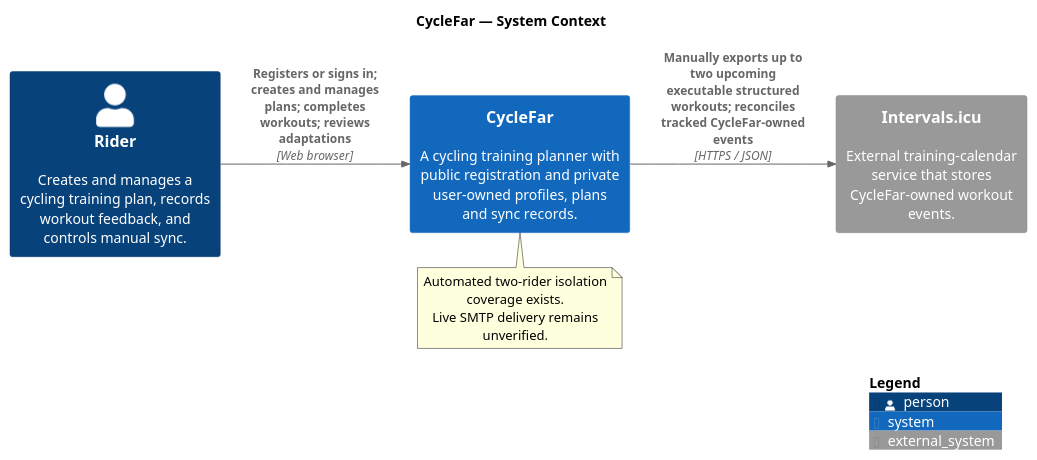
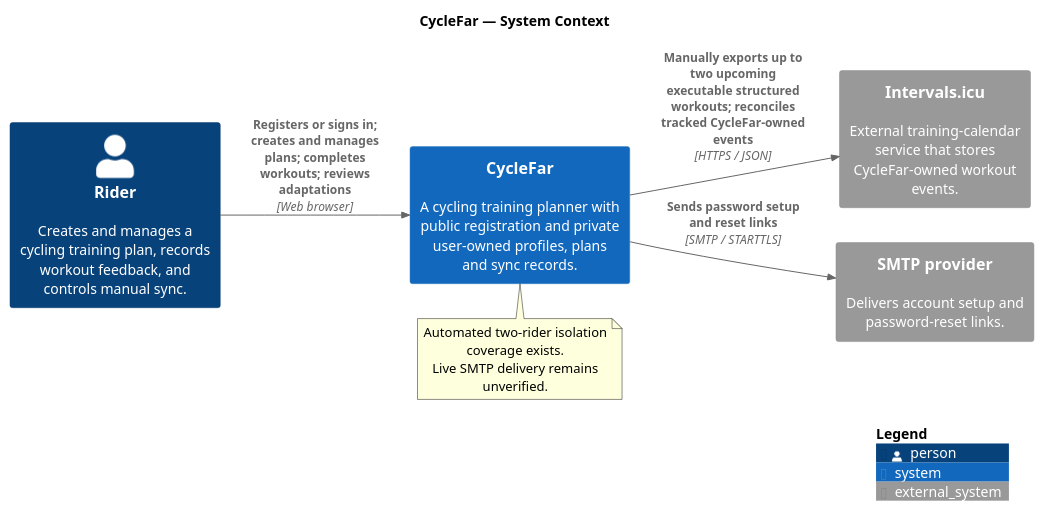
Before and after one commit to richardhartme/cyclefar: the diagram in docs/diagrams/cyclefar-system-context.puml, drawn with PlantUML. The commit also changed 19 other files, not shown here.

Commit message:
Refresh documentation and architecture diagrams for current implementation

```diff
--- a/docs/diagrams/cyclefar-system-context.puml
+++ b/docs/diagrams/cyclefar-system-context.puml
@@ -1,24 +1,26 @@
 @startuml CycleFar System Context
 ' Scope and limitations: README.md
 !include https://raw.githubusercontent.com/plantuml-stdlib/C4-PlantUML/master/C4_Context.puml
 
 title CycleFar — System Context
 
 LAYOUT_LEFT_RIGHT()
 
 Person(rider, "Rider", "Creates and manages a cycling training plan, records workout feedback, and controls manual sync.")
 
 System(cyclefar, "CycleFar", "A cycling training planner with public registration and private user-owned profiles, plans and sync records.")
 
 System_Ext(intervals_icu, "Intervals.icu", "External training-calendar service that stores CycleFar-owned workout events.")
+System_Ext(smtp, "SMTP provider", "Delivers account setup and password-reset links.")
 
 Rel(rider, cyclefar, "Registers or signs in; creates and manages plans; completes workouts; reviews adaptations", "Web browser")
 Rel(cyclefar, intervals_icu, "Manually exports up to two upcoming executable structured workouts; reconciles tracked CycleFar-owned events", "HTTPS / JSON")
+Rel(cyclefar, smtp, "Sends password setup and reset links", "SMTP / STARTTLS")
 
 note bottom of cyclefar
   Automated two-rider isolation coverage exists.
   Live SMTP delivery remains unverified.
 end note
 
 SHOW_LEGEND()
 @enduml
```
